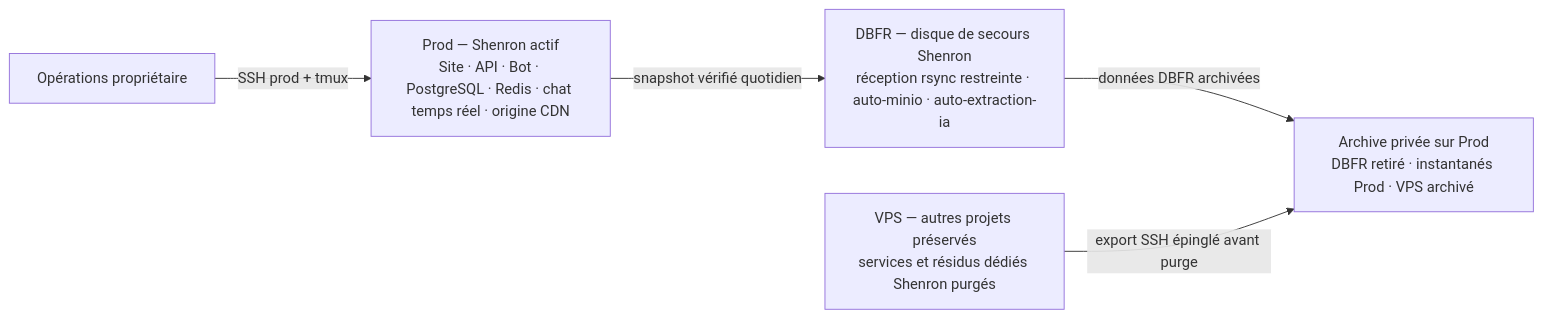
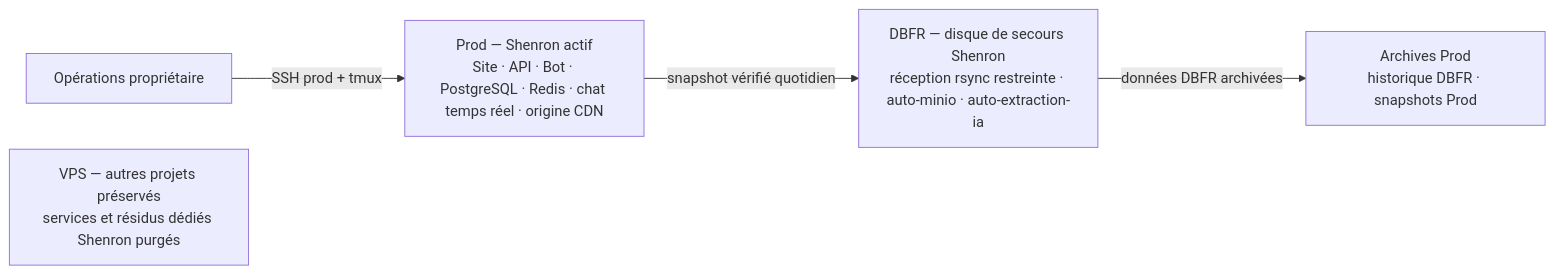
Before and after one commit to aphrody-labs/shenron: the diagram in docs/operations/PROD-HOSTING.md, drawn with Mermaid. The commit also changed other lines of this file and 1 other file, not shown here.

Commit message:
docs(ops): record full Shenron purge

```diff
--- a/docs/operations/PROD-HOSTING.md
+++ b/docs/operations/PROD-HOSTING.md
@@ -7,12 +7,11 @@
 ~~~mermaid
 flowchart LR
   Operateur["Opérations propriétaire"]
   Prod["Prod — Shenron actif<br/>Site · API · Bot · PostgreSQL · Redis · chat temps réel · origine CDN"]
   DBFR["DBFR — disque de secours Shenron<br/>réception rsync restreinte · auto-minio · auto-extraction-ia"]
   VPS["VPS — autres projets préservés<br/>services et résidus dédiés Shenron purgés"]
-  Archive["Archive privée sur Prod<br/>DBFR retiré · instantanés Prod · VPS archivé"]
+  Archive["Archives Prod<br/>historique DBFR · snapshots Prod"]
   Operateur -->|SSH prod + tmux| Prod
   Prod -->|snapshot vérifié quotidien| DBFR
   DBFR -->|données DBFR archivées| Archive
-  VPS -->|export SSH épinglé avant purge| Archive
 ~~~
```
